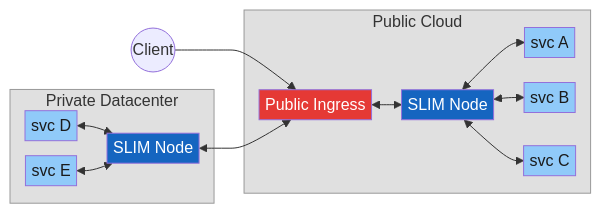
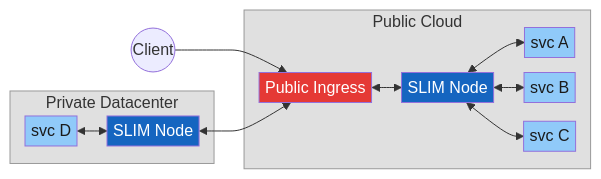
The second of 9 diagrams in presentations/slim-multicluster-demo/slim-multicluster-demo.md (agntcy/blogs), drawn with Mermaid before and after one commit. The commit also changed other lines of this file, not shown here.

````diff
--- a/presentations/slim-multicluster-demo/slim-multicluster-demo.md
+++ b/presentations/slim-multicluster-demo/slim-multicluster-demo.md
@@ -61,26 +61,24 @@
 ```mermaid
 %%{init: {'flowchart': {'nodeSpacing': 15, 'rankSpacing': 30, 'padding': 3}}}%%
 graph LR
     subgraph PRV["Private Datacenter"]
         S4[svc D] <--> SN2[SLIM Node]
-        S5[svc E] <--> SN2
     end
     subgraph PUB["Public Cloud"]
         IG[Public Ingress] <--> SN1[SLIM Node]
         SN1 <--> S1[svc A]
         SN1 <--> S2[svc B]
         SN1 <--> S3[svc C]
     end
     C((Client)) --> IG
     SN2 <--> IG
     style IG fill:#E53935,color:#fff
     style SN1 fill:#1565C0,color:#fff
     style SN2 fill:#1565C0,color:#fff
     style S1 fill:#90CAF9,color:#1a1a1a
     style S2 fill:#90CAF9,color:#1a1a1a
     style S3 fill:#90CAF9,color:#1a1a1a
     style S4 fill:#90CAF9,color:#1a1a1a
-    style S5 fill:#90CAF9,color:#1a1a1a
     style PUB fill:#e0e0e0,stroke:#999,color:#333
     style PRV fill:#e0e0e0,stroke:#999,color:#333
 ```
````
